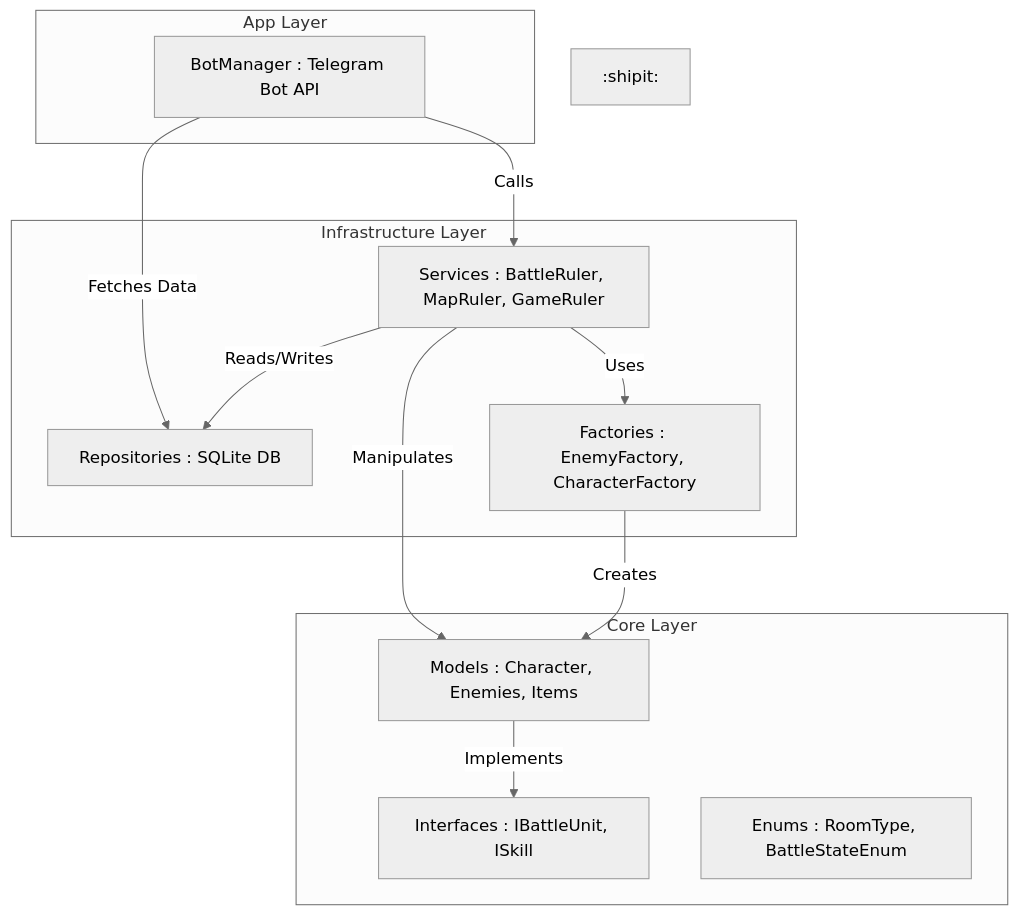
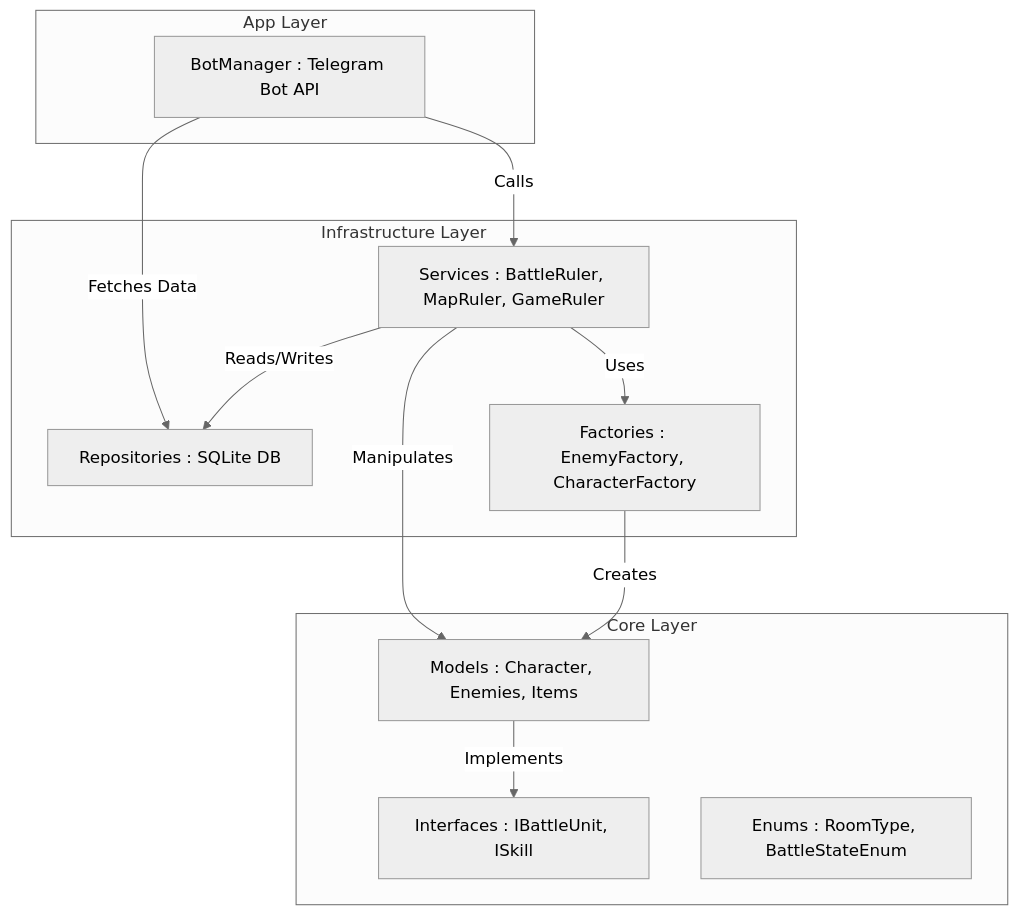
One commit to kpi-project-game/kpi-project changed the second of 4 diagrams in README.md. Above: the diagram before and after it, drawn with Mermaid (neutral theme).

Commit message:
PRJ-89 Hotfix.

````diff
--- a/README.md
+++ b/README.md
@@ -73,27 +73,26 @@
 ```mermaid
 graph TD
     subgraph App Layer
         B[BotManager : Telegram Bot API]
     end
 
     subgraph Infrastructure Layer
         S[Services : BattleRuler, MapRuler, GameRuler]
         R[Repositories : SQLite DB]
         F[Factories : EnemyFactory, CharacterFactory]
     end
 
     subgraph Core Layer
         M[Models : Character, Enemies, Items]
         I[Interfaces : IBattleUnit, ISkill]
         E[Enums : RoomType, BattleStateEnum]
     end
 
     B -->|Calls| S
     B -->|Fetches Data| R
     S -->|Reads/Writes| R
     S -->|Uses| F
     S -->|Manipulates| M
     F -->|Creates| M
     M -->|Implements| I
-:shipit:
 ```
````
